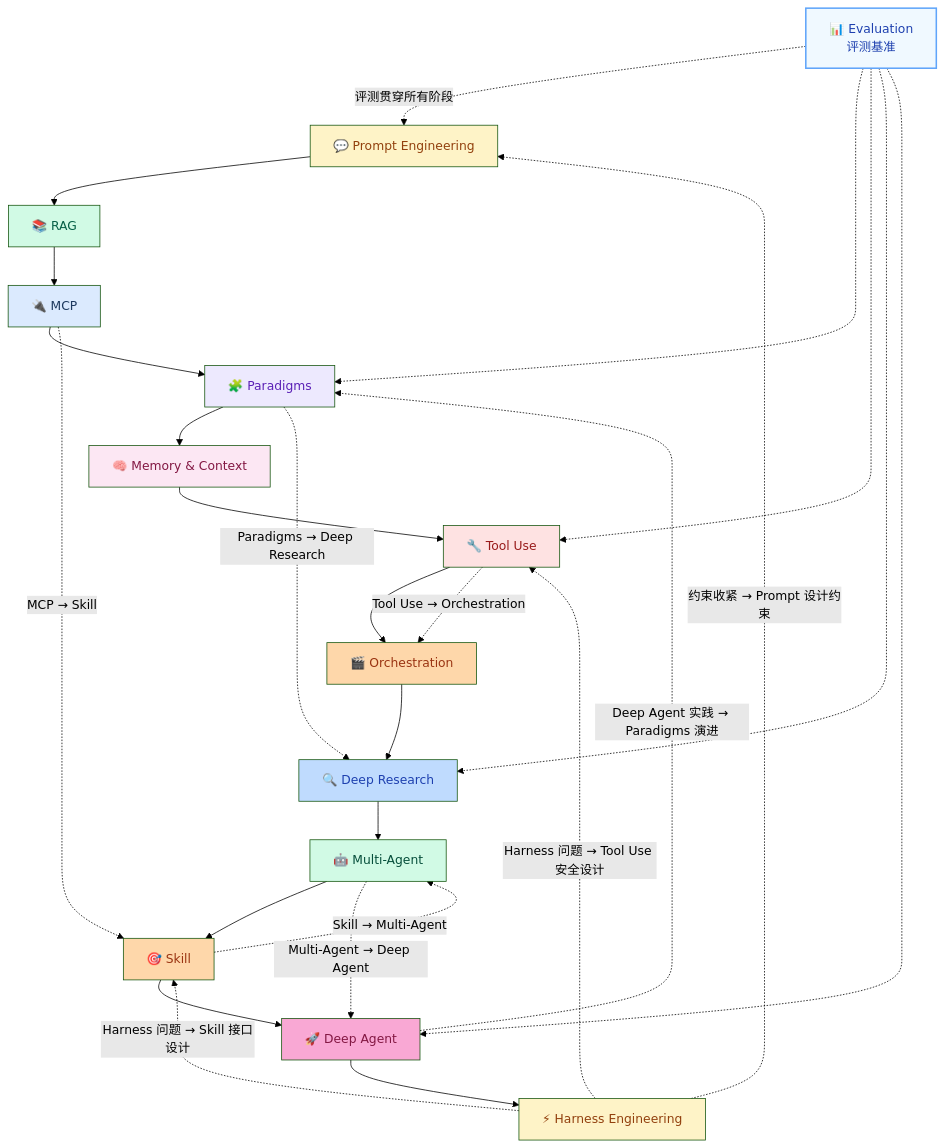
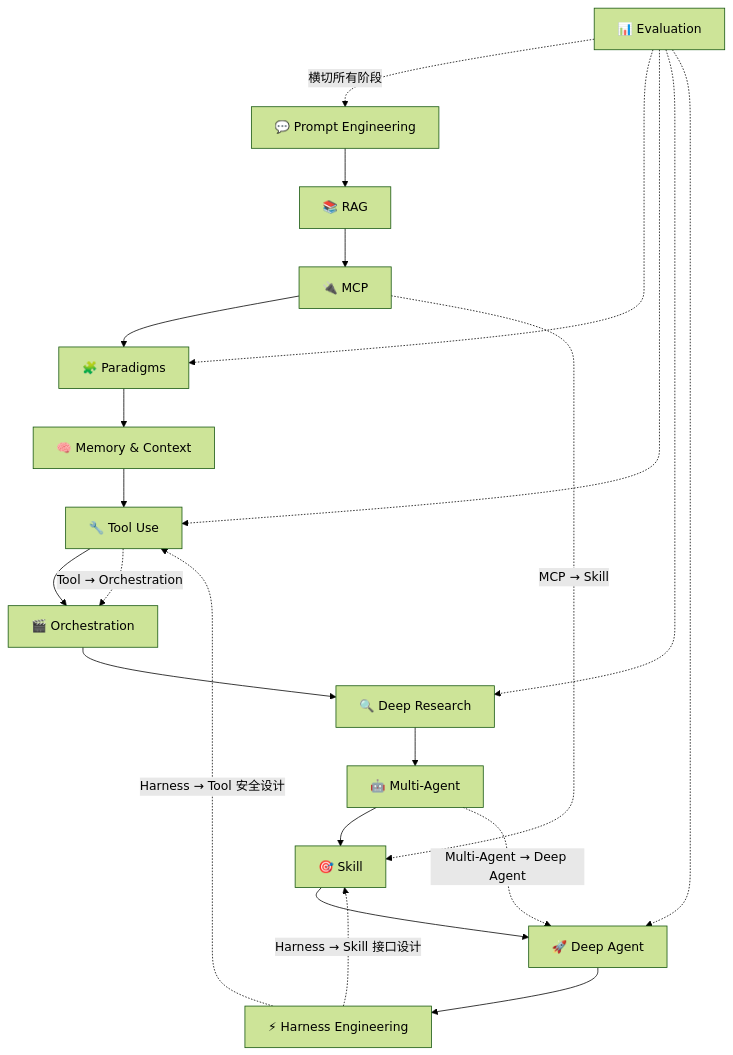
The diagram in README.md (FreezeSoul/agent-engineering-by-openclaw), drawn with Mermaid (forest theme) before and after one commit. The commit also changed other lines of this file and 119 other files, not shown here.

````diff
--- a/README.md
+++ b/README.md
@@ -39,72 +83,40 @@
 ```mermaid
 flowchart TB
-    %% ========== 阶段节点 ==========
     P1["💬 Prompt Engineering"]
     P2["📚 RAG"]
     P3["🔌 MCP"]
     P4["🧩 Paradigms"]
     P5["🧠 Memory & Context"]
     P6["🔧 Tool Use"]
     P7["🎬 Orchestration"]
     P8["🔍 Deep Research"]
     P9["🤖 Multi-Agent"]
     P10["🎯 Skill"]
     P11["🚀 Deep Agent"]
     P12["⚡ Harness Engineering"]
-    E["📊 Evaluation<br/>评测基准"]
+    E["📊 Evaluation"]
 
-    %% ========== 主演进链（实线）==========
     P1 --> P2
     P2 --> P3
     P3 --> P4
     P4 --> P5
     P5 --> P6
     P6 --> P7
     P7 --> P8
     P8 --> P9
     P9 --> P10
     P10 --> P11
     P11 --> P12
 
-    %% ========== 跨阶段依赖（蓝色虚线）==========
-    P6 -.->|"Tool Use → Orchestration"| P7
-    P3 -.->|"MCP → Skill"| P10
-    P4 -.->|"Paradigms → Deep Research"| P8
-    P10 -.->|"Skill → Multi-Agent"| P9
-    P9 -.->|"Multi-Agent → Deep Agent"| P11
-
-    %% ========== 反向压力（红色虚线）==========
-    P11 -. "Deep Agent 实践 → Paradigms 演进" .-> P4
-    P12 -. "Harness 问题 → Tool Use 安全设计" .-> P6
-    P12 -. "Harness 问题 → Skill 接口设计" .-> P10
-
-    %% ========== 评测横切（虚线贯穿）==========
-    E -.->|"评测贯穿所有阶段"| P1
+    E -.->|"横切所有阶段"| P1
     E -.-> P4
     E -.-> P6
     E -.-> P8
     E -.-> P11
 
-    %% ========== 反馈回路（点线）==========
-    P12 -. "约束收紧 → Prompt 设计约束" .-> P1
-
-    %% ========== 样式 ==========
-    style P1 fill:#fef3c7,color:#92400e
-    style P2 fill:#d1fae5,color:#065f46
-    style P3 fill:#dbeafe,color:#1e3a5f
-    style P4 fill:#ede9fe,color:#5b21b6
-    style P5 fill:#fce7f3,color:#831843
-    style P6 fill:#fee2e2,color:#991b1b
-    style P7 fill:#fed7aa,color:#9a3412
-    style P8 fill:#bfdbfe,color:#1e40af
-    style P9 fill:#d1fae5,color:#064e3b
-    style P10 fill:#fed7aa,color:#9a3412
-    style P11 fill:#f9a8d4,color:#831843
-    style P12 fill:#fef3c7,color:#92400e
-    style E fill:#f0f9ff,color:#1e40af,stroke:#60a5fa,stroke-width:2px
-
-    classDef edge_main stroke:#6b7280,stroke-width:2px
-    classDef edge_dep stroke:#3b82f6,stroke-width:1.5px,stroke-dasharray:5 3
-    classDef edge_feedback stroke:#ef4444,stroke-width:1.5px,stroke-dasharray:3 3
-    classDef edge_eval stroke:#8b5cf6,stroke-width:1.5px,stroke-dasharray:4 4
+    P6 -.->|"Tool → Orchestration"| P7
+    P3 -.->|"MCP → Skill"| P10
+    P9 -.->|"Multi-Agent → Deep Agent"| P11
+    P12 -. "Harness → Tool 安全设计" .-> P6
+    P12 -. "Harness → Skill 接口设计" .-> P10
 ```
````
